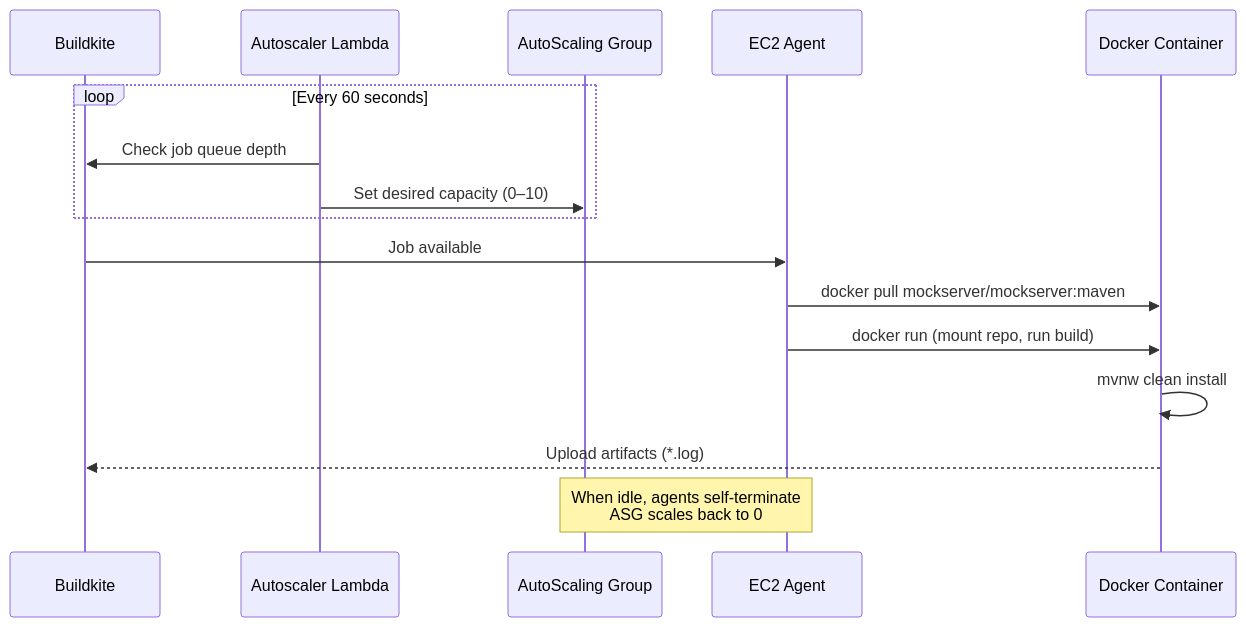
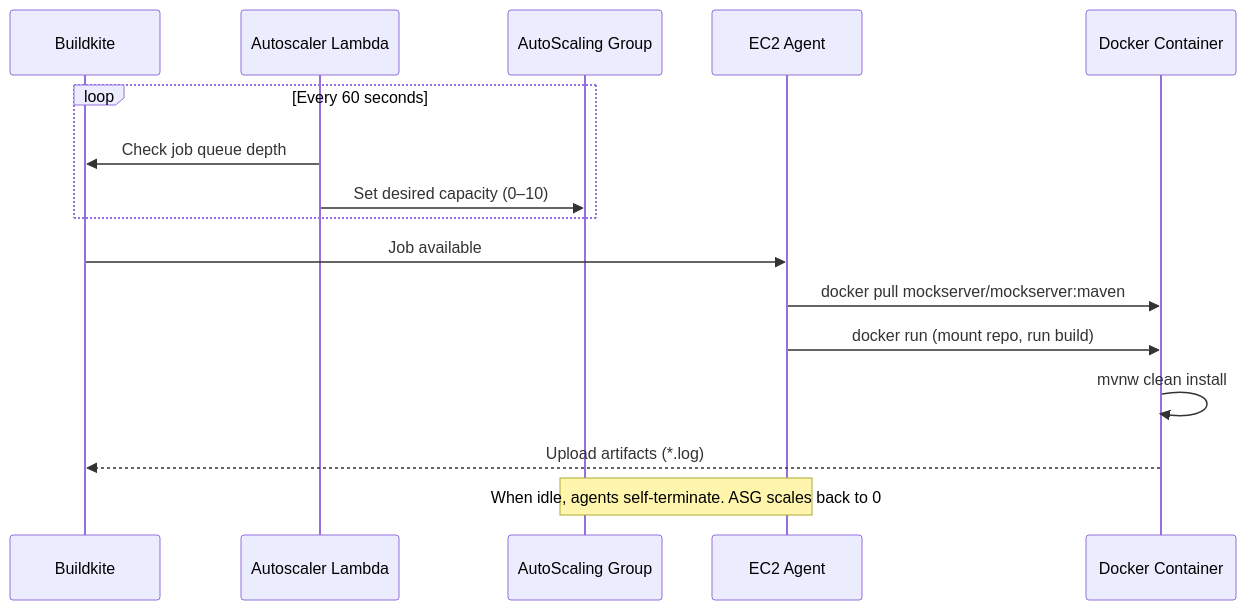
One commit to mock-server/mockserver changed the third of 5 diagrams in docs/infrastructure/aws-infrastructure.md. Above: the diagram before and after it, drawn with Mermaid. The commit also changed other lines of this file and 21 other files, not shown here.

First line of the commit message:
fix(docs): remove HTML tags from Mermaid diagrams to fix GitHub rendering

````diff
--- a/docs/infrastructure/aws-infrastructure.md
+++ b/docs/infrastructure/aws-infrastructure.md
@@ -215,21 +239,21 @@
 ```mermaid
 sequenceDiagram
     participant BK as Buildkite
     participant Lambda as Autoscaler Lambda
     participant ASG as AutoScaling Group
     participant Agent as EC2 Agent
     participant Docker as Docker Container
 
     loop Every 60 seconds
         Lambda->>BK: Check job queue depth
         Lambda->>ASG: Set desired capacity (0–10)
     end
 
     BK->>Agent: Job available
     Agent->>Docker: docker pull mockserver/mockserver:maven
     Agent->>Docker: docker run (mount repo, run build)
     Docker->>Docker: mvnw clean install
     Docker-->>BK: Upload artifacts (*.log)
 
-    Note over Agent,ASG: When idle, agents self-terminate<br/>ASG scales back to 0
+    Note over Agent,ASG: When idle, agents self-terminate. ASG scales back to 0
 ```
````
